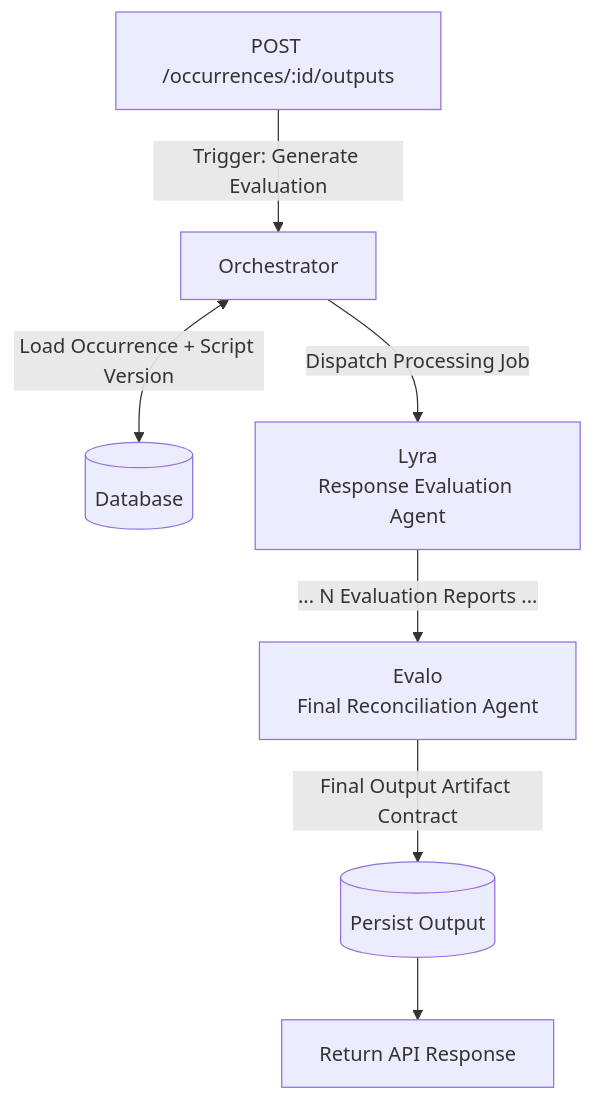
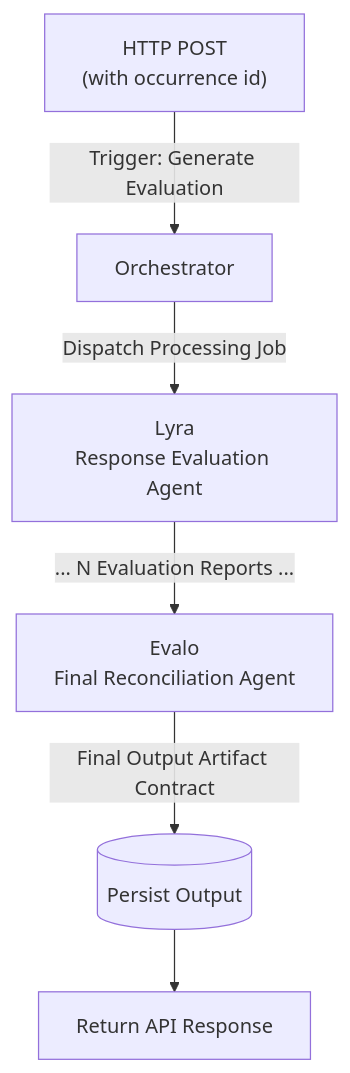
Before and after one commit to valmirjr66/lexora-api: the diagram in evalo.ai.doc.md, drawn with Mermaid. The commit also changed other lines of this file and 1 other file, not shown here.

````diff
--- a/evalo.ai.doc.md
+++ b/evalo.ai.doc.md
@@ -200,15 +133,13 @@
 ```mermaid
 flowchart TD
 
-    A[POST /occurrences/:id/outputs] 
-        -->|Trigger: Generate Evaluation| B[Orchestrator]
+    A["HTTP POST
+    (with occurrence id)"] -->|Trigger: Generate Evaluation| B[Orchestrator]
 
-    B <-->|Load Occurrence + Script Version| C[(Database)]
+    B -->|Dispatch Processing Job| C[Lyra<br/>Response Evaluation Agent]
 
-    B -->|Dispatch Processing Job| D[Lyra<br/>Response Evaluation Agent]
+    C -->|... N Evaluation Reports ...| D[Evalo<br/>Final Reconciliation Agent]
 
-    D -->|... N Evaluation Reports ...| E[Evalo<br/>Final Reconciliation Agent]
-
-    E -->|Final Output Artifact Contract| F[(Persist Output)]
-    F --> G[Return API Response]
+    D -->|Final Output Artifact Contract| E[(Persist Output)]
+    E --> F[Return API Response]
 ```
````
